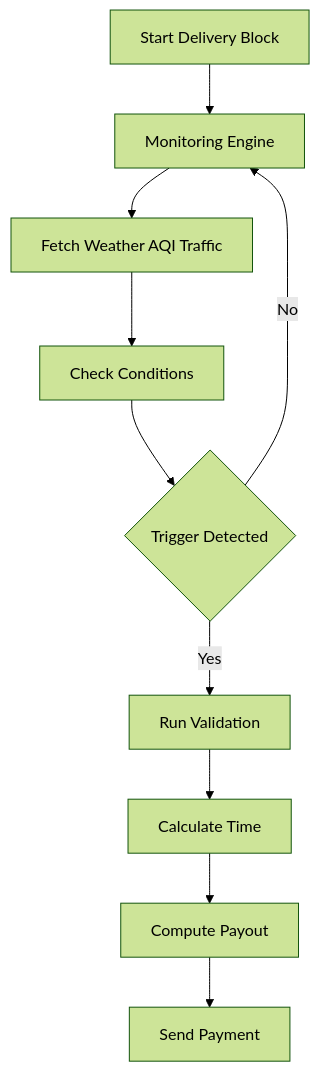
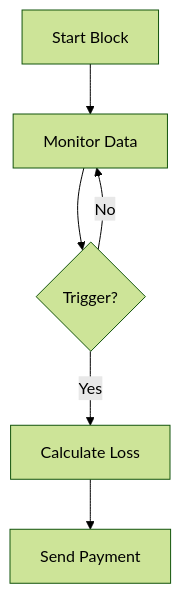
The first of 2 diagrams in README.md (NithyaShriSK/Guidewire-Hackathon-project), drawn with Mermaid (forest theme) before and after one commit. The commit also changed other lines of this file, not shown here.

````diff
--- a/README.md
+++ b/README.md
@@ -47,14 +98,8 @@
 ```mermaid
 flowchart TD
-    A[Start Delivery Block] --> B[Monitoring Engine]
-    B --> C[Fetch Weather AQI Traffic]
-    C --> D[Check Conditions]
-    D --> E{Trigger Detected}
-
-    E -->|Yes| F[Run Validation]
-    E -->|No| B
-
-    F --> G[Calculate Time]
-    G --> H[Compute Payout]
-    H --> I[Send Payment]
+    A[Start Block] --> B[Monitor Data]
+    B --> C{Trigger?}
+    C -->|Yes| D[Calculate Loss]
+    C -->|No| B
+    D --> E[Send Payment]
 ```
````
